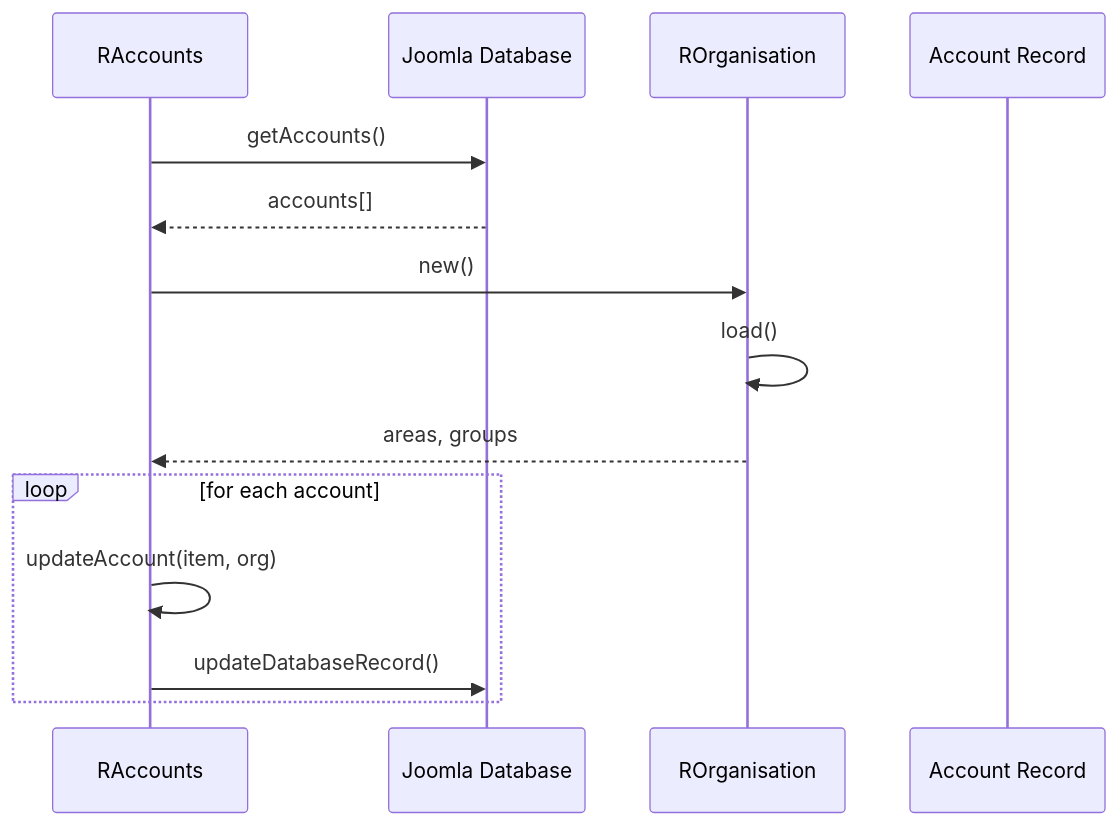
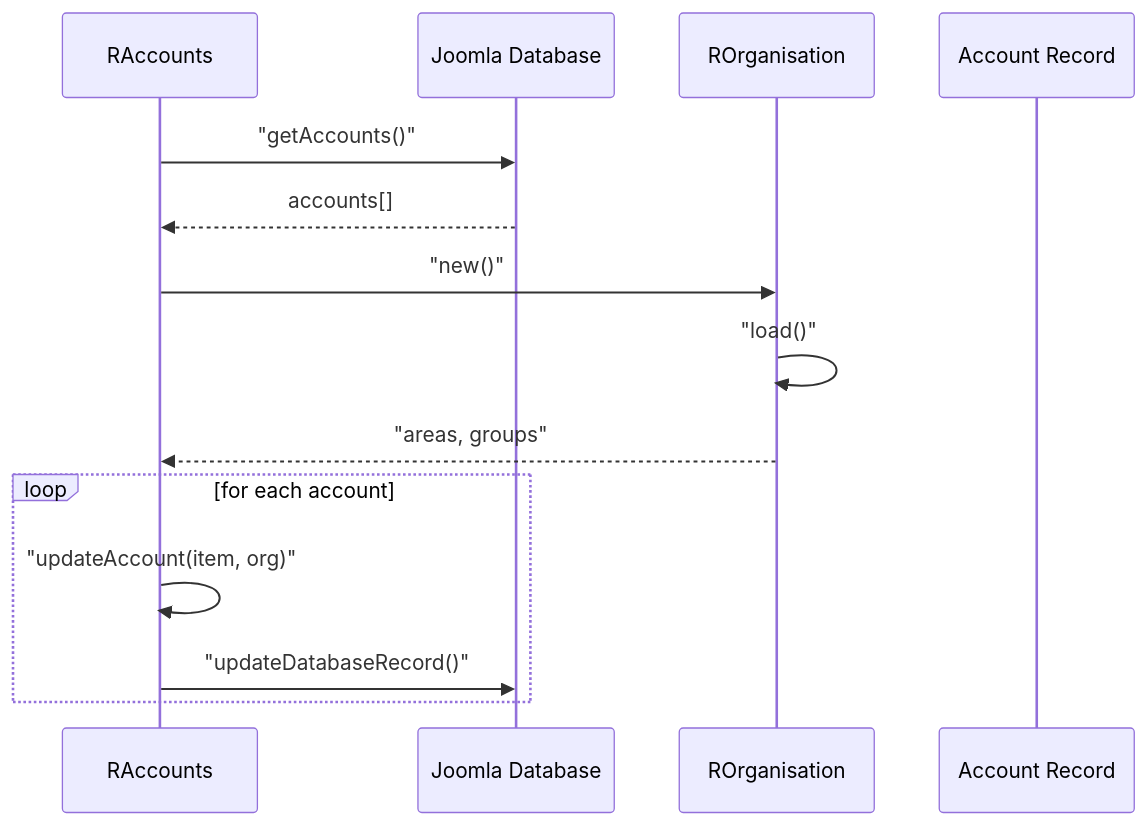
The second of 3 diagrams in accounts/HLD.md (pauljrhodes/ramblers-library), drawn with Mermaid before and after one commit. The commit also changed other lines of this file and 33 other files, not shown here.

Commit message:
Normalize Mermaid diagrams for GitHub rendering

````diff
--- a/accounts/HLD.md
+++ b/accounts/HLD.md
@@ -131,17 +131,17 @@
 ```mermaid
 sequenceDiagram
     participant RAccounts as RAccounts
     participant DB as Joomla Database
     participant Organisation as ROrganisation
     participant Account as Account Record
 
-    RAccounts->>DB: getAccounts()
+    RAccounts->>DB: "getAccounts()"
     DB-->>RAccounts: accounts[]
-    RAccounts->>Organisation: new()
-    Organisation->>Organisation: load()
-    Organisation-->>RAccounts: areas, groups
+    RAccounts->>Organisation: "new()"
+    Organisation->>Organisation: "load()"
+    Organisation-->>RAccounts: "areas, groups"
     loop for each account
-        RAccounts->>RAccounts: updateAccount(item, org)
-        RAccounts->>DB: updateDatabaseRecord()
+        RAccounts->>RAccounts: "updateAccount(item, org)"
+        RAccounts->>DB: "updateDatabaseRecord()"
     end
 ```
````
